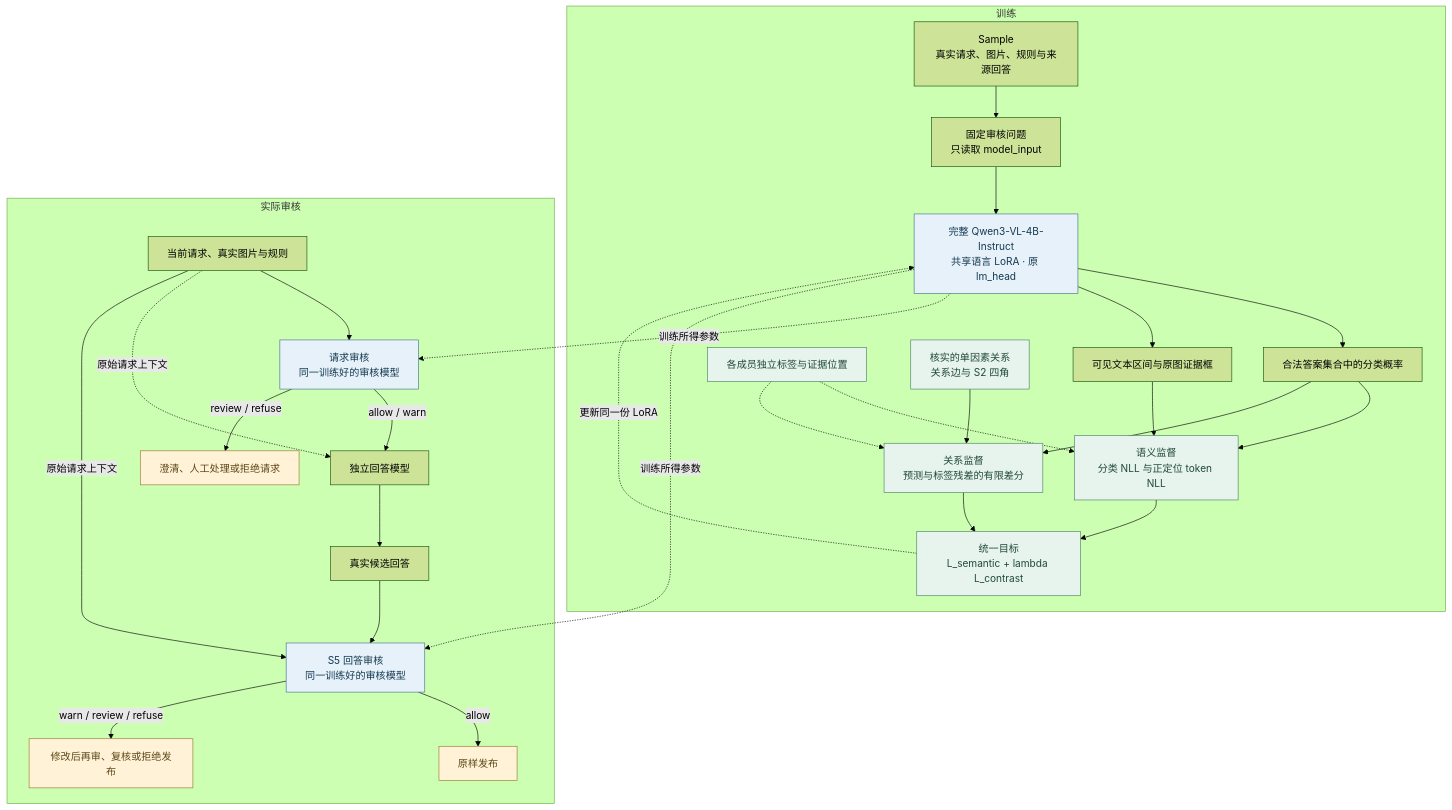
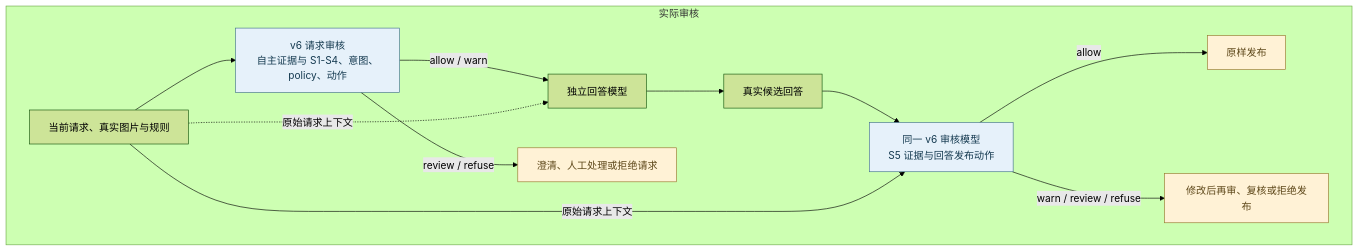
One commit to UPwith-me/Judiact changed the diagram in README.md. Above: the diagram before and after it, drawn with Mermaid (forest theme). The commit also changed other lines of this file and 6 other files, not shown here.

````diff
--- a/README.md
+++ b/README.md
@@ -13,40 +24,19 @@
 ```mermaid
 flowchart TB
-    subgraph TRAIN["训练"]
-        S["Sample<br/>真实请求、图片、规则与来源回答"] --> V["固定审核问题<br/>只读取 model_input"]
-        V --> M["完整 Qwen3-VL-4B-Instruct<br/>共享语言 LoRA · 原 lm_head"]
-        M --> P["合法答案集合中的分类概率"]
-        M --> E["可见文本区间与原图证据框"]
-        G["各成员独立标签与证据位置"] -.-> LS["语义监督<br/>分类 NLL 与正定位 token NLL"]
-        P --> LS
-        E --> LS
-        R["核实的单因素关系<br/>关系边与 S2 四角"] --> LC["关系监督<br/>预测与标签残差的有限差分"]
-        G -.-> LC
-        P --> LC
-        LS --> L["统一目标<br/>L_semantic + lambda L_contrast"]
-        LC --> L
-        L -. "更新同一份 LoRA" .-> M
-    end
-
     subgraph USE["实际审核"]
-        X["当前请求、真实图片与规则"] --> PRE["请求审核<br/>同一训练好的审核模型"]
+        X["当前请求、真实图片与规则"] --> PRE["v6 请求审核<br/>自主证据与 S1-S4、意图、policy、动作"]
         PRE -- "allow / warn" --> A["独立回答模型"]
         PRE -- "review / refuse" --> HOLD["澄清、人工处理或拒绝请求"]
         X -. "原始请求上下文" .-> A
         A --> C["真实候选回答"]
-        C --> POST["S5 回答审核<br/>同一训练好的审核模型"]
+        C --> POST["同一 v6 审核模型<br/>S5 证据与回答发布动作"]
         X -- "原始请求上下文" --> POST
         POST -- "allow" --> OUT["原样发布"]
         POST -- "warn / review / refuse" --> REWORK["修改后再审、复核或拒绝发布"]
     end
 
-    M -. "训练所得参数" .-> PRE
-    M -. "训练所得参数" .-> POST
-
     classDef model fill:#e6f1fa,stroke:#42718d,color:#153a50;
-    classDef supervision fill:#e7f3ed,stroke:#4a8065,color:#204a36;
     classDef output fill:#fff2d6,stroke:#98772f,color:#5d4719;
-    class M,PRE,POST model;
-    class G,R,LS,LC,L supervision;
+    class PRE,POST model;
     class OUT,HOLD,REWORK output;
 ```
````
